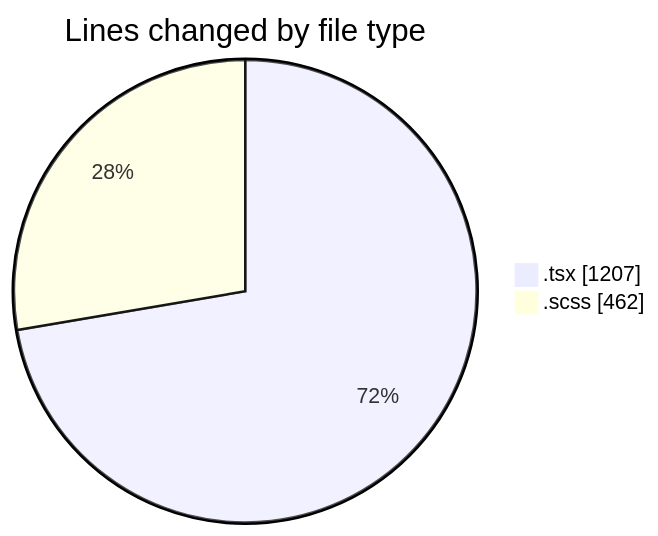
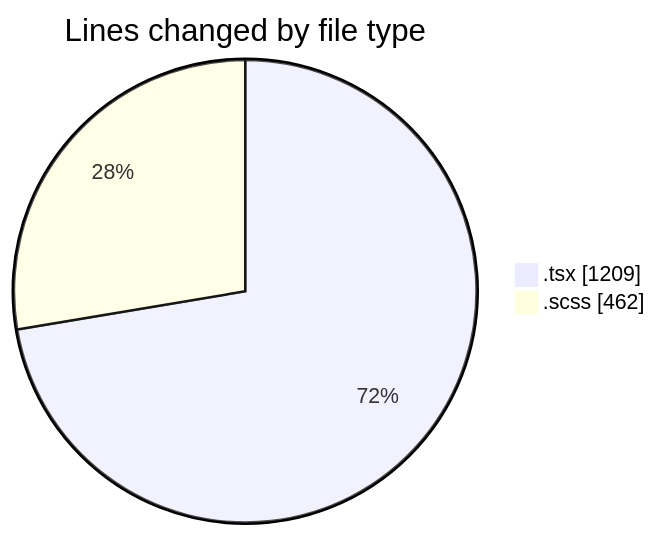
Before and after one commit to momahboobian/code-tracking: the first of 2 diagrams in 2026-08-26/cda/README.md, drawn with Mermaid. The commit also changed other lines of this file and 1 other file, not shown here.

````diff
--- a/2026-08-26/cda/README.md
+++ b/2026-08-26/cda/README.md
@@ -30,6 +30,6 @@
 ```mermaid
 pie showData
 title Lines changed by file type
-".tsx" : 1207
+".tsx" : 1209
 ".scss" : 462
 ```
````
